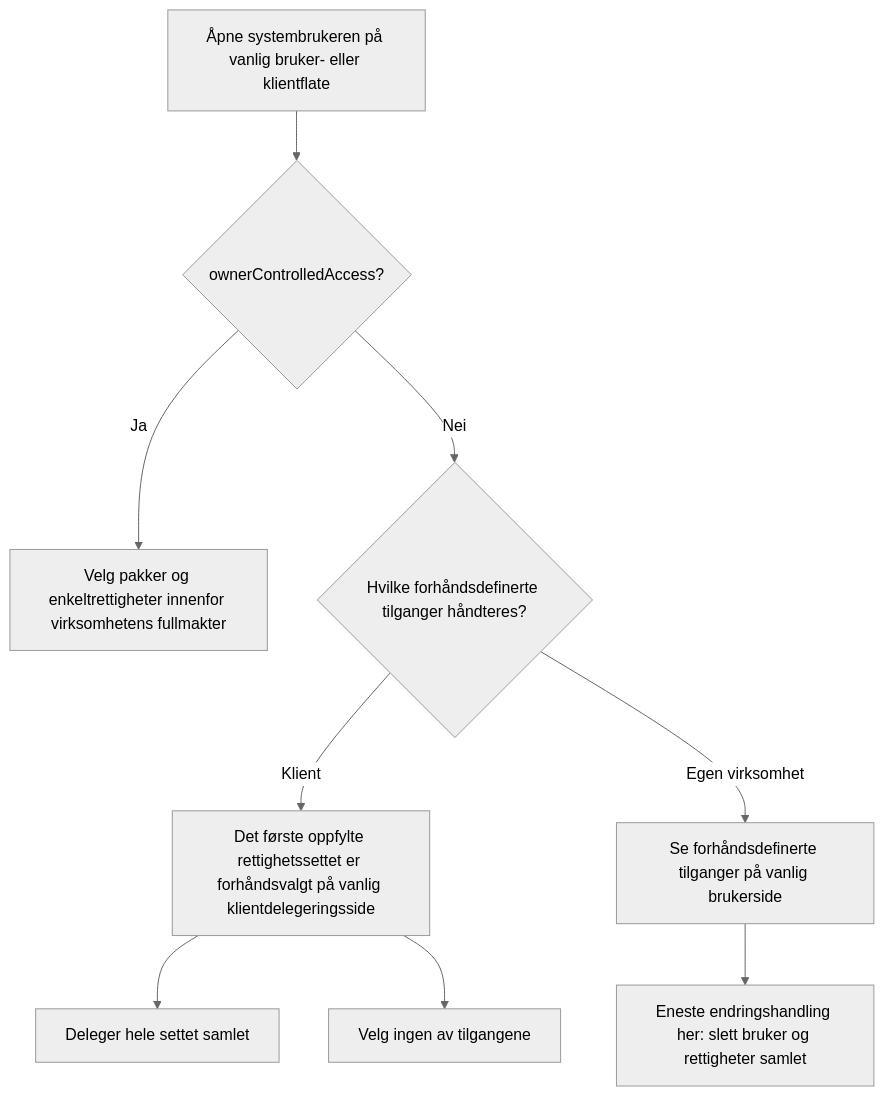
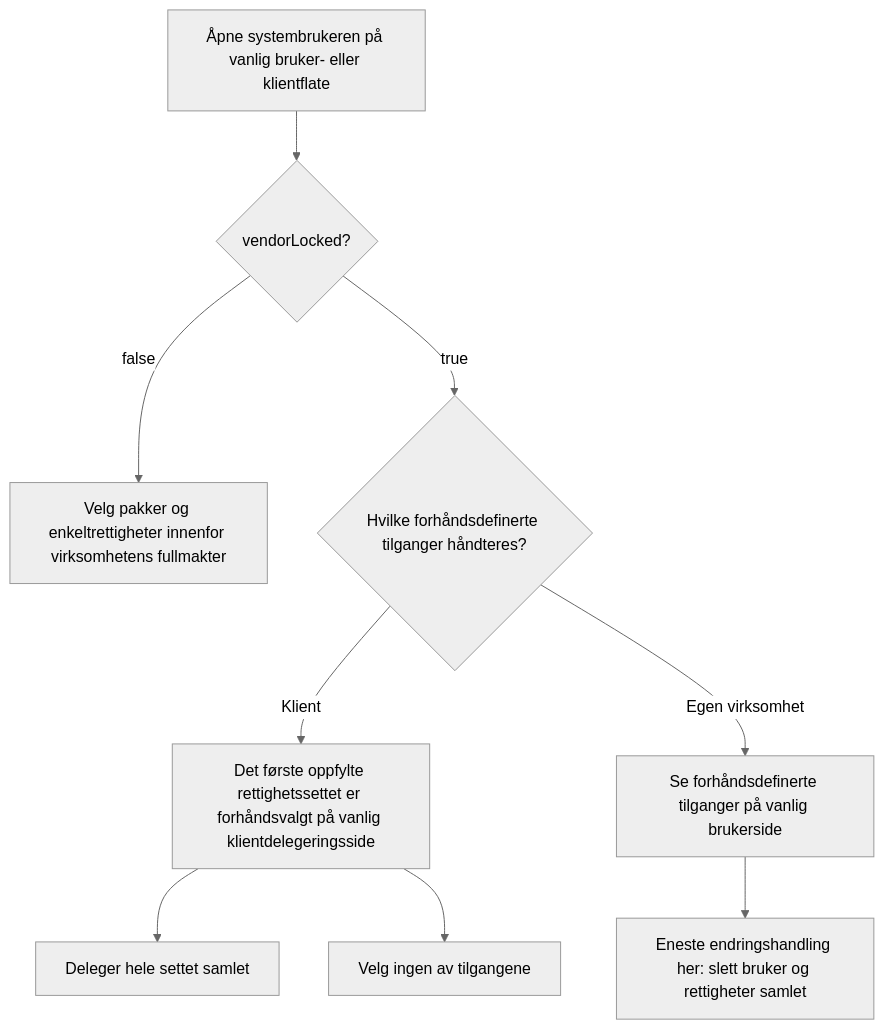
The fourth of 6 diagrams in content/authorization/guides/system-vendor/system-user/beslutningstre.nb.md (Altinn/altinn-studio-docs), drawn with Mermaid (neutral theme) before and after one commit. The commit also changed other lines of this file and 2 other files, not shown here.

First line of the commit message:
docs: vendorLocked er påkrevd i versjon 2 av systembrukerforespørselen (#3306)

```diff
--- a/content/authorization/guides/system-vendor/system-user/beslutningstre.nb.md
+++ b/content/authorization/guides/system-vendor/system-user/beslutningstre.nb.md
@@ -72,11 +73,11 @@
 {{< mermaid >}}
 graph TD
-  OPEN["Åpne systembrukeren på vanlig bruker- eller klientflate"] --> MODE{"ownerControlledAccess?"}
-  MODE -->|Ja| CHOOSE["Velg pakker og enkeltrettigheter innenfor virksomhetens fullmakter"]
-  MODE -->|Nei| CONTEXT{"Hvilke forhåndsdefinerte tilganger håndteres?"}
+  OPEN["Åpne systembrukeren på vanlig bruker- eller klientflate"] --> MODE{"vendorLocked?"}
+  MODE -->|false| CHOOSE["Velg pakker og enkeltrettigheter innenfor virksomhetens fullmakter"]
+  MODE -->|true| CONTEXT{"Hvilke forhåndsdefinerte tilganger håndteres?"}
   CONTEXT -->|Klient| SET["Det første oppfylte rettighetssettet er forhåndsvalgt på vanlig klientdelegeringsside"]
   SET --> ALL["Deleger hele settet samlet"]
   SET --> NONE["Velg ingen av tilgangene"]
   CONTEXT -->|Egen virksomhet| VIEW["Se forhåndsdefinerte tilganger på vanlig brukerside"]
   VIEW --> DELETE["Eneste endringshandling her: slett bruker og rettigheter samlet"]
 {{< /mermaid >}}
```
